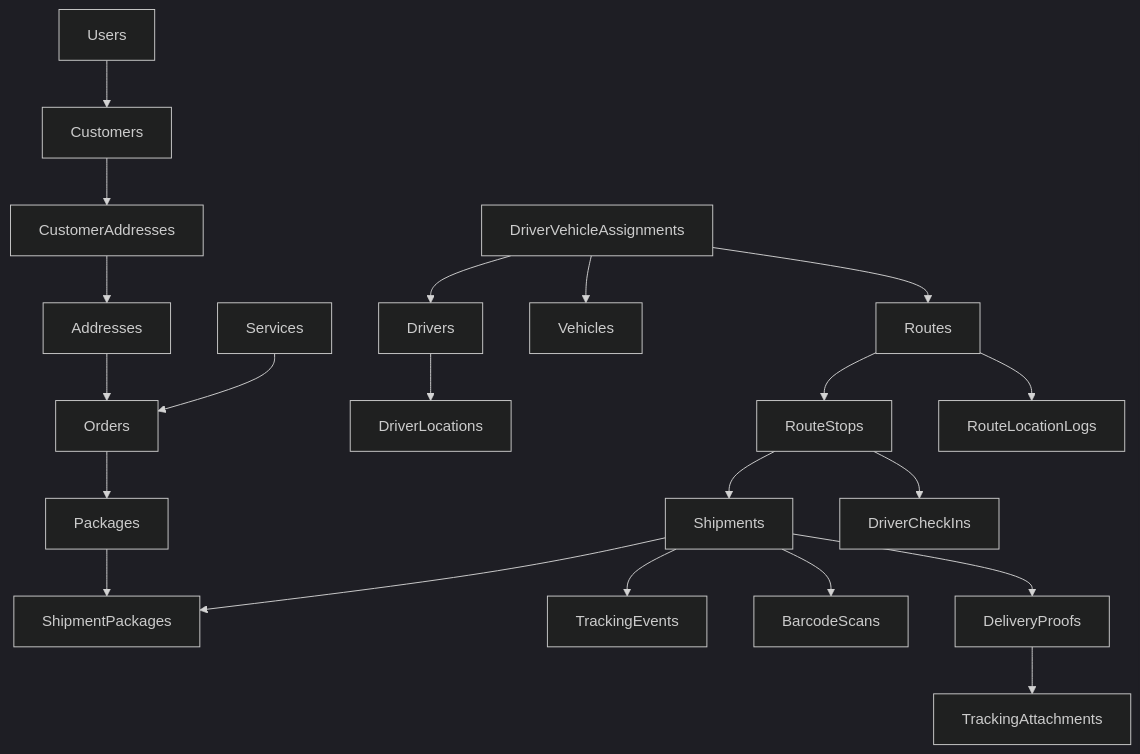
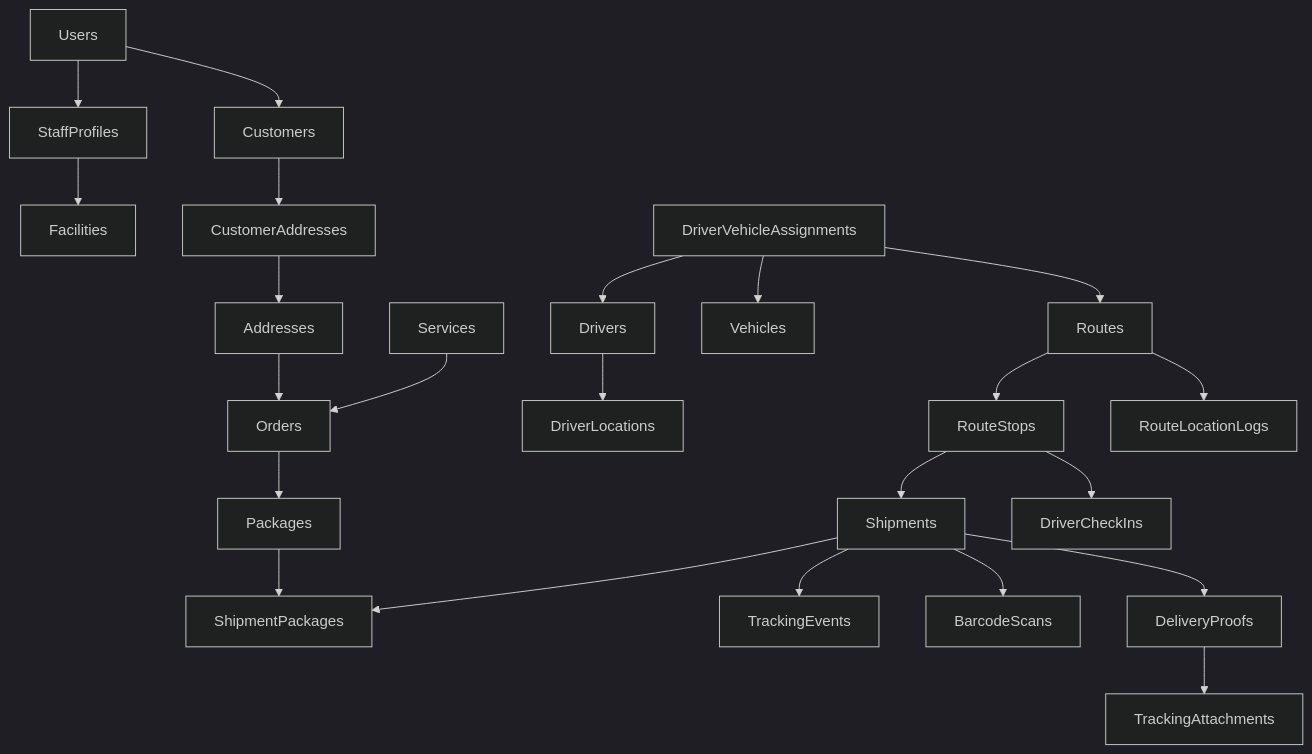
Before and after one commit to hungpptit/smart-logistics-platform: the second of 2 diagrams in Design DB/phase 1.md, drawn with Mermaid (dark theme). The commit also changed other lines of this file and 17 other files, not shown here.

````diff
--- a/Design DB/phase 1.md
+++ b/Design DB/phase 1.md
@@ -140,25 +141,27 @@
 ```mermaid
 graph TD
     Users[Users] --> Customers[Customers]
+    Users --> StaffProfiles[StaffProfiles]
+    StaffProfiles --> Facilities[Facilities]
     Customers --> CustomerAddresses[CustomerAddresses]
     CustomerAddresses --> Addresses[Addresses]
     Addresses --> Orders[Orders]
     Services[Services] --> Orders
     Orders --> Packages[Packages]
     Packages --> ShipmentPackages[ShipmentPackages]
     Shipments[Shipments] --> ShipmentPackages
     DriverVehicleAssignments[DriverVehicleAssignments] --> Drivers[Drivers]
     DriverVehicleAssignments --> Vehicles[Vehicles]
     Drivers --> DriverLocations[DriverLocations]
     DriverVehicleAssignments --> Routes[Routes]
     Routes --> RouteStops[RouteStops]
     Routes --> RouteLocationLogs[RouteLocationLogs]
     RouteStops --> Shipments
     
     %% Module 8 Linkages
     Shipments --> TrackingEvents[TrackingEvents]
     Shipments --> BarcodeScans[BarcodeScans]
     Shipments --> DeliveryProofs[DeliveryProofs]
     RouteStops --> DriverCheckIns[DriverCheckIns]
     DeliveryProofs --> TrackingAttachments[TrackingAttachments]
 ```
````
